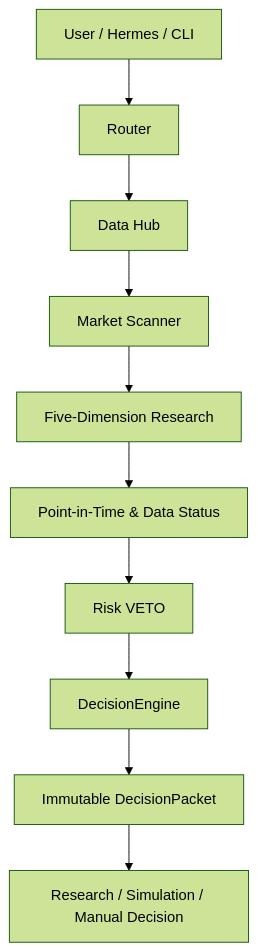
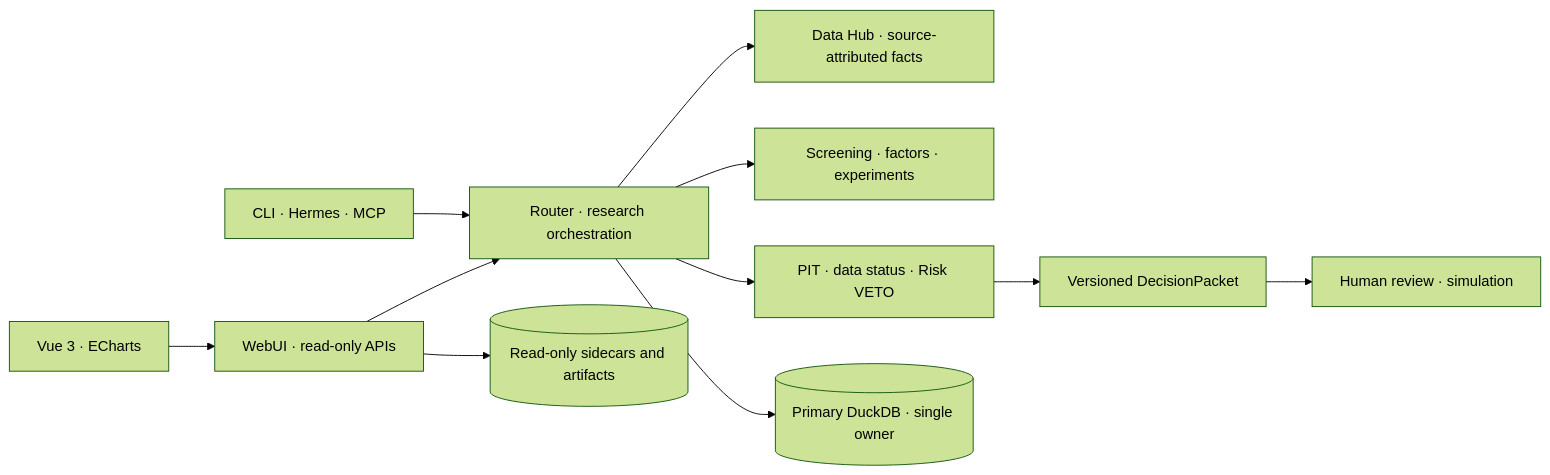
Before and after one commit to Shixi216/aiquant-lite: the diagram in README.en.md, drawn with Mermaid (forest theme). The commit also changed other lines of this file and 419 other files, not shown here.

````diff
--- a/README.en.md
+++ b/README.en.md
@@ -57,12 +75,13 @@
 ```mermaid
-flowchart TD
-    U["User / Hermes / CLI"] --> R["Router"]
-    R --> D["Data Hub"]
-    D --> S["Market Scanner"]
-    S --> F["Five-Dimension Research"]
-    F --> P["Point-in-Time & Data Status"]
-    P --> V["Risk VETO"]
-    V --> E["DecisionEngine"]
-    E --> K["Immutable DecisionPacket"]
-    K --> O["Research / Simulation / Manual Decision"]
+flowchart LR
+    WEB["Vue 3 · ECharts"] --> UI["WebUI · read-only APIs"]
+    UI --> R["Router · research orchestration"]
+    CLI["CLI · Hermes · MCP"] --> R
+    R --> DATA["Data Hub · source-attributed facts"]
+    R --> FACTOR["Screening · factors · experiments"]
+    R --> RISK["PIT · data status · Risk VETO"]
+    RISK --> PACKET["Versioned DecisionPacket"]
+    R --> DB[("Primary DuckDB · single owner")]
+    UI --> SIDE[("Read-only sidecars and artifacts")]
+    PACKET --> REVIEW["Human review · simulation"]
 ```
````
